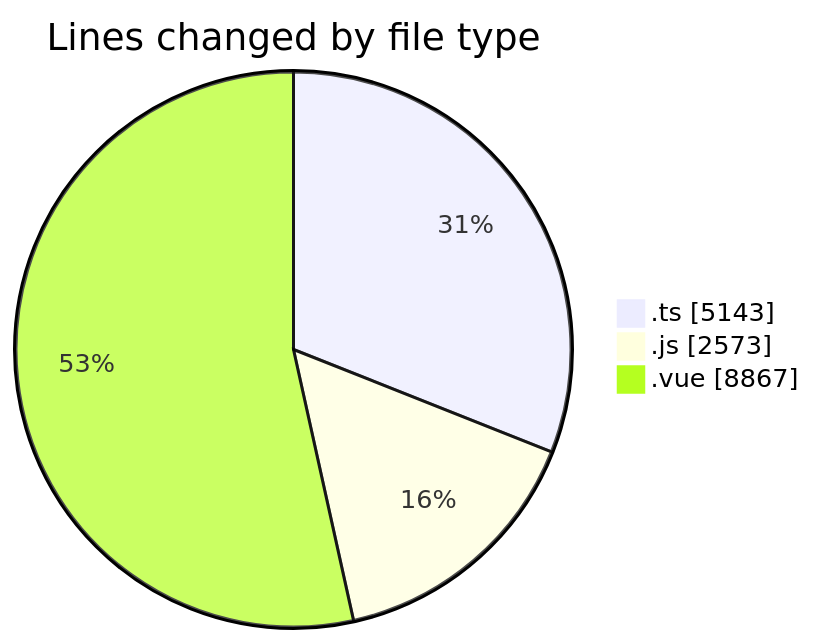
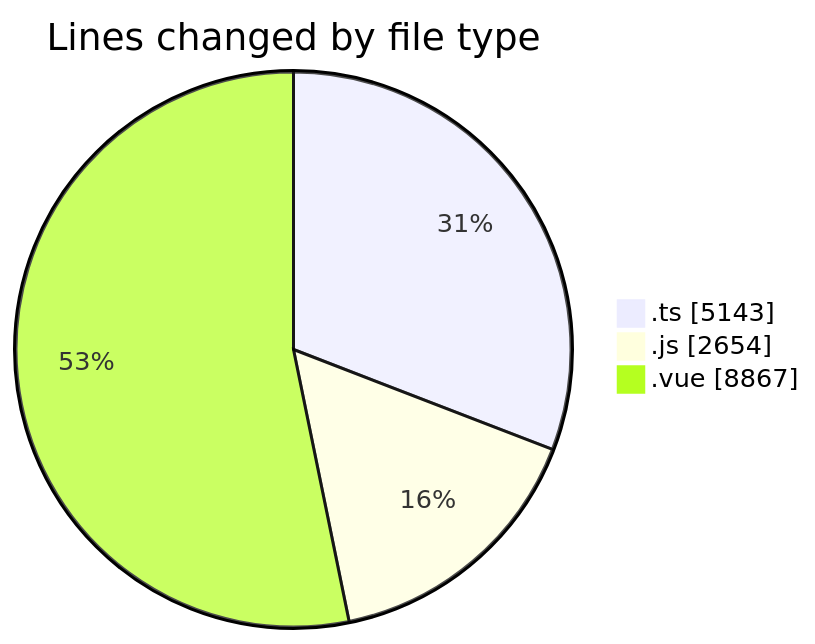
The first of 2 diagrams in 2025-08-16/rentotp/README.md (lephambinh05/code-tracking), drawn with Mermaid before and after one commit. The commit also changed other lines of this file and 1 other file, not shown here.

````diff
--- a/2025-08-16/rentotp/README.md
+++ b/2025-08-16/rentotp/README.md
@@ -68,7 +69,7 @@
 ```mermaid
 pie showData
 title Lines changed by file type
 ".ts" : 5143
-".js" : 2573
+".js" : 2654
 ".vue" : 8867
 ```
````
